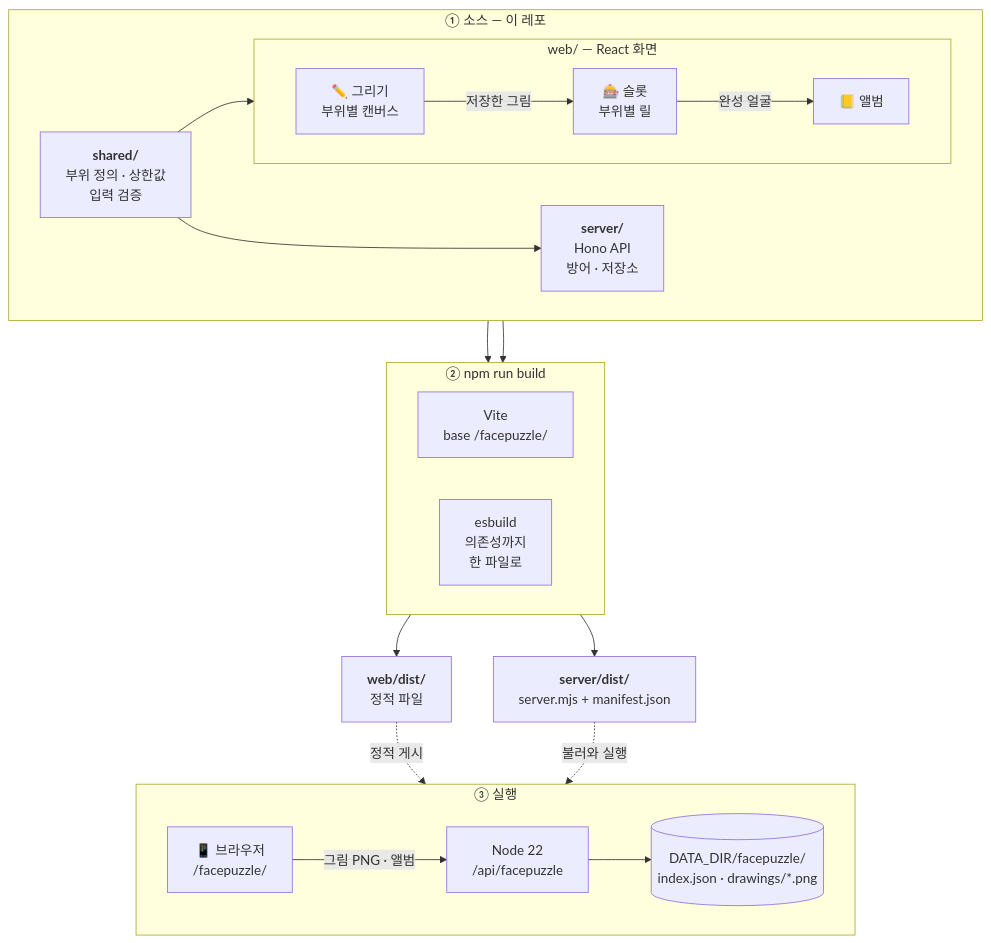
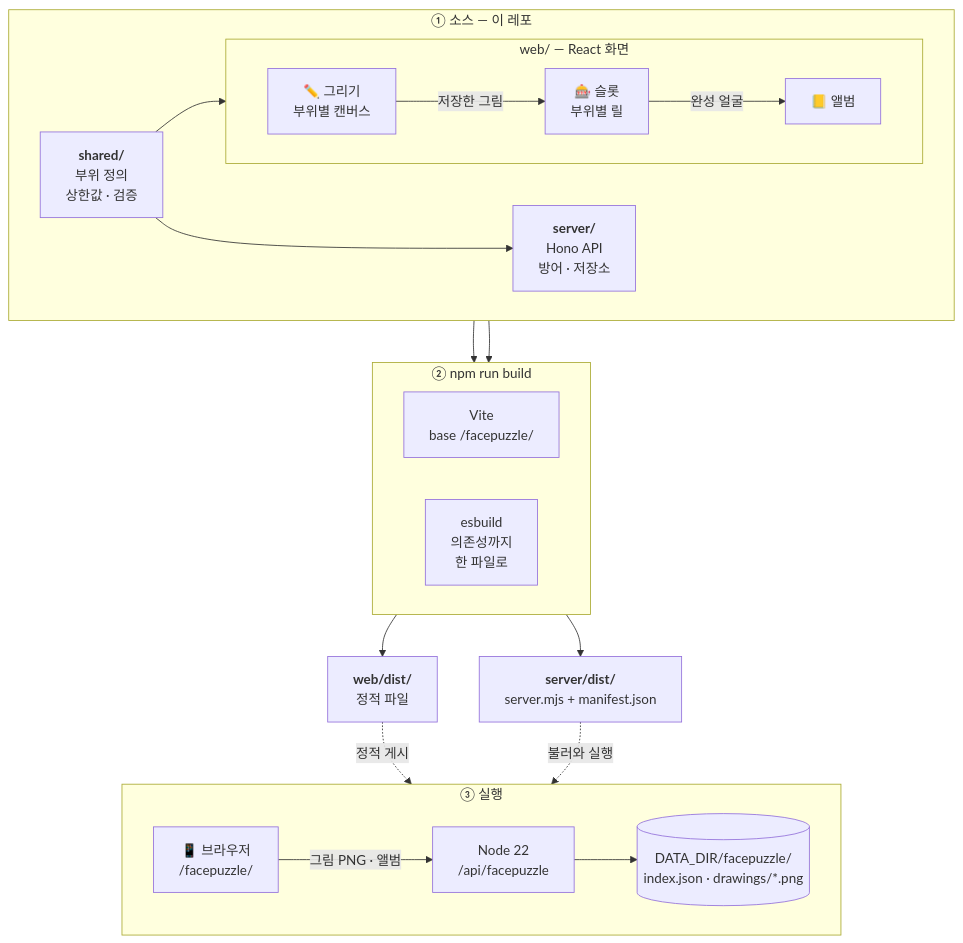
Before and after one commit to AnglerLee/FacePuzzle: the diagram in README.md, drawn with Mermaid.

Commit message:
docs: README 구조 그림 줄바꿈
Claude-Session: https://claude.ai/code/session_01GG1CY2wN98mu3pGpEf78gG

````diff
--- a/README.md
+++ b/README.md
@@ -43,33 +43,33 @@
 ```mermaid
 flowchart TB
   subgraph SRC["① 소스 — 이 레포"]
     direction LR
-    shared["<b>shared/</b><br/>부위 정의 · 상한값<br/>입력 검증"]
+    shared["<b>shared/</b><br/>부위 정의<br/>상한값 · 검증"]
     subgraph WEB["web/ — React 화면"]
       direction LR
       draw["✏️ 그리기<br/>부위별 캔버스"] -- "저장한 그림" --> slot["🎰 슬롯<br/>부위별 릴"]
       slot -- "완성 얼굴" --> album["📒 앨범"]
     end
     server["<b>server/</b><br/>Hono API<br/>방어 · 저장소"]
   end
   shared --> WEB
   shared --> server
 
   subgraph BUILD["② npm run build"]
     direction LR
     vite["Vite<br/>base /facepuzzle/"]
     esb["esbuild<br/>의존성까지<br/>한 파일로"]
   end
   WEB --> vite --> wdist["<b>web/dist/</b><br/>정적 파일"]
   server --> esb --> sdist["<b>server/dist/</b><br/>server.mjs + manifest.json"]
 
   subgraph RUN["③ 실행"]
     direction LR
     browser["📱 브라우저<br/>/facepuzzle/"]
     api["Node 22<br/>/api/facepuzzle"]
     data[("DATA_DIR/facepuzzle/<br/>index.json · drawings/*.png")]
     browser -- "그림 PNG · 앨범" --> api --> data
   end
   wdist -. "정적 게시" .-> browser
   sdist -. "불러와 실행" .-> api
 ```
````
